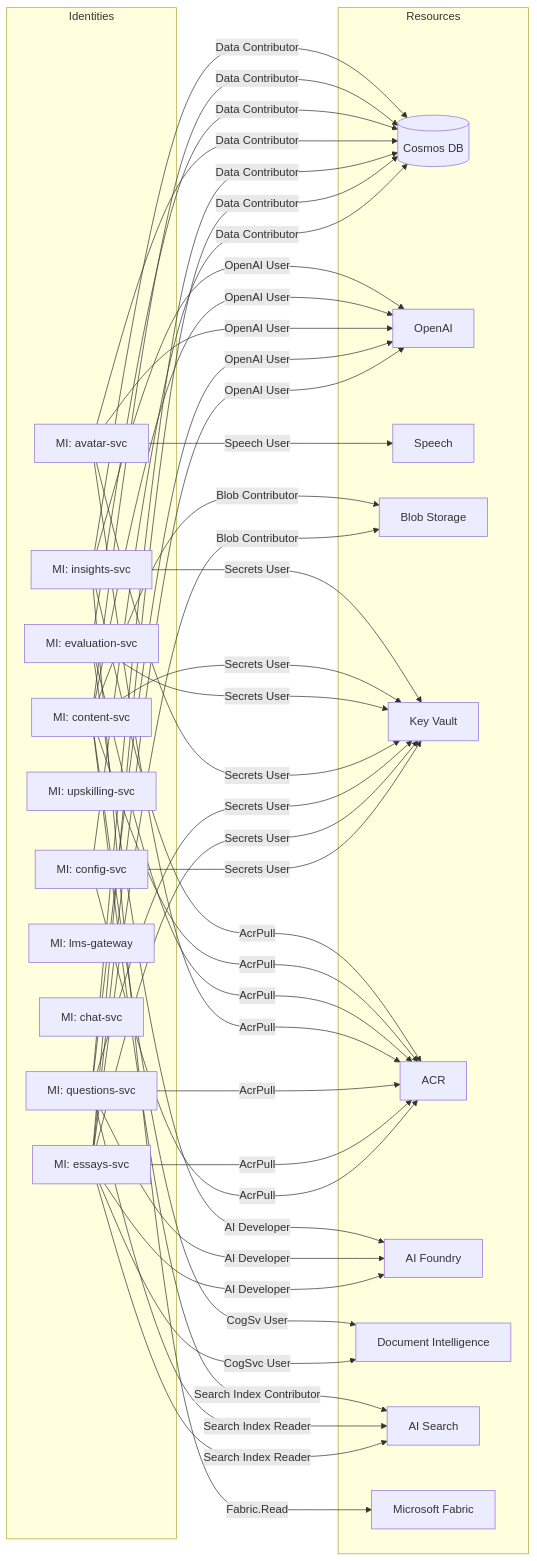
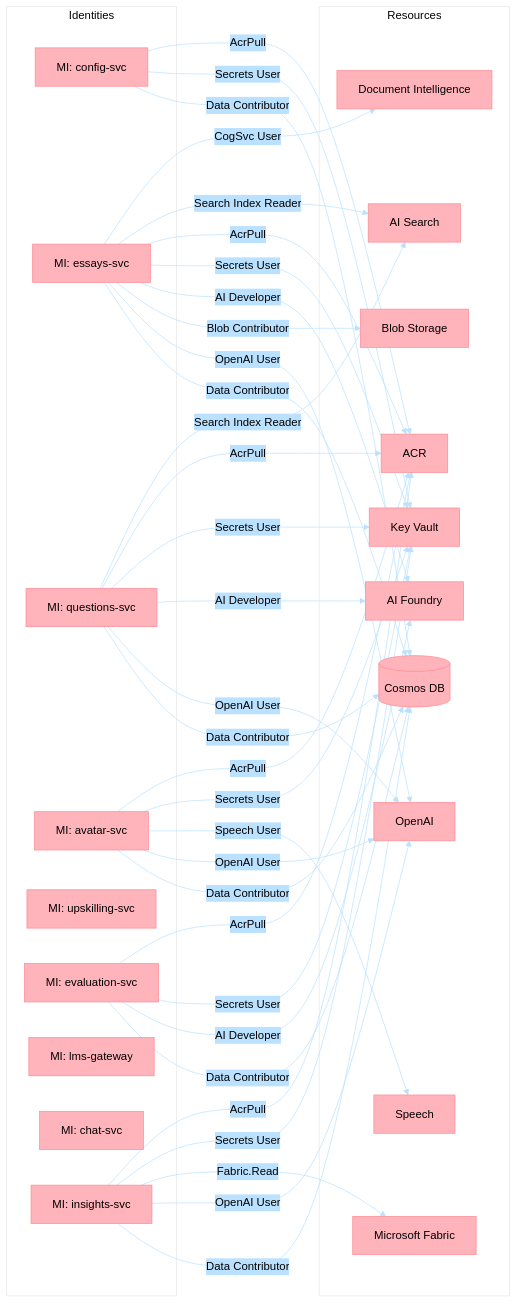
The third of 3 diagrams in docs/security.md (Azure-Samples/tutor), drawn with Mermaid before and after one commit. The commit also changed other lines of this file and 41 other files, not shown here.

Commit message:
docs: consolidate current architecture decisions

````diff
--- a/docs/security.md
+++ b/docs/security.md
@@ -227,73 +243,72 @@
 ```mermaid
+%%{init: {'theme':'base', 'themeVariables': {
+  'primaryColor':'#FFB3BA',
+  'primaryTextColor':'#000',
+  'primaryBorderColor':'#FF8B94',
+  'lineColor':'#BAE1FF',
+  'secondaryColor':'#BAE1FF',
+  'tertiaryColor':'#FFFFFF'
+}}}%%
 graph LR
     subgraph Identities
         MI_CONFIG["MI: config-svc"]
         MI_ESSAYS["MI: essays-svc"]
         MI_QUESTIONS["MI: questions-svc"]
         MI_AVATAR["MI: avatar-svc"]
         MI_UPSKILLING["MI: upskilling-svc"]
         MI_EVAL["MI: evaluation-svc"]
         MI_LMS["MI: lms-gateway"]
         MI_CHAT["MI: chat-svc"]
-        MI_CONTENT["MI: content-svc"]
         MI_INSIGHTS["MI: insights-svc"]
     end
 
     subgraph Resources
         COSMOS[("Cosmos DB")]
         OPENAI["OpenAI"]
         SPEECH["Speech"]
         BLOB["Blob Storage"]
         KV["Key Vault"]
         ACR["ACR"]
         FOUNDRY["AI Foundry"]
         DOCINTEL["Document Intelligence"]
         SEARCH["AI Search"]
         FABRIC["Microsoft Fabric"]
     end
 
     MI_CONFIG -->|Data Contributor| COSMOS
     MI_CONFIG -->|Secrets User| KV
     MI_CONFIG -->|AcrPull| ACR
 
     MI_ESSAYS -->|Data Contributor| COSMOS
     MI_ESSAYS -->|OpenAI User| OPENAI
     MI_ESSAYS -->|Blob Contributor| BLOB
     MI_ESSAYS -->|AI Developer| FOUNDRY
     MI_ESSAYS -->|Secrets User| KV
     MI_ESSAYS -->|AcrPull| ACR
     MI_ESSAYS -->|Search Index Reader| SEARCH
     MI_ESSAYS -->|CogSvc User| DOCINTEL
 
     MI_QUESTIONS -->|Data Contributor| COSMOS
     MI_QUESTIONS -->|OpenAI User| OPENAI
     MI_QUESTIONS -->|AI Developer| FOUNDRY
     MI_QUESTIONS -->|Secrets User| KV
     MI_QUESTIONS -->|AcrPull| ACR
     MI_QUESTIONS -->|Search Index Reader| SEARCH
 
     MI_AVATAR -->|Data Contributor| COSMOS
     MI_AVATAR -->|OpenAI User| OPENAI
     MI_AVATAR -->|Speech User| SPEECH
     MI_AVATAR -->|Secrets User| KV
     MI_AVATAR -->|AcrPull| ACR
 
     MI_EVAL -->|Data Contributor| COSMOS
     MI_EVAL -->|AI Developer| FOUNDRY
     MI_EVAL -->|Secrets User| KV
     MI_EVAL -->|AcrPull| ACR
 
-    MI_CONTENT -->|Data Contributor| COSMOS
-    MI_CONTENT -->|Blob Contributor| BLOB
-    MI_CONTENT -->|CogSv User| DOCINTEL
-    MI_CONTENT -->|Search Index Contributor| SEARCH
-    MI_CONTENT -->|OpenAI User| OPENAI
-    MI_CONTENT -->|Secrets User| KV
-    MI_CONTENT -->|AcrPull| ACR
-
     MI_INSIGHTS -->|Data Contributor| COSMOS
     MI_INSIGHTS -->|OpenAI User| OPENAI
     MI_INSIGHTS -->|Fabric.Read| FABRIC
     MI_INSIGHTS -->|Secrets User| KV
     MI_INSIGHTS -->|AcrPull| ACR
 ```
````
